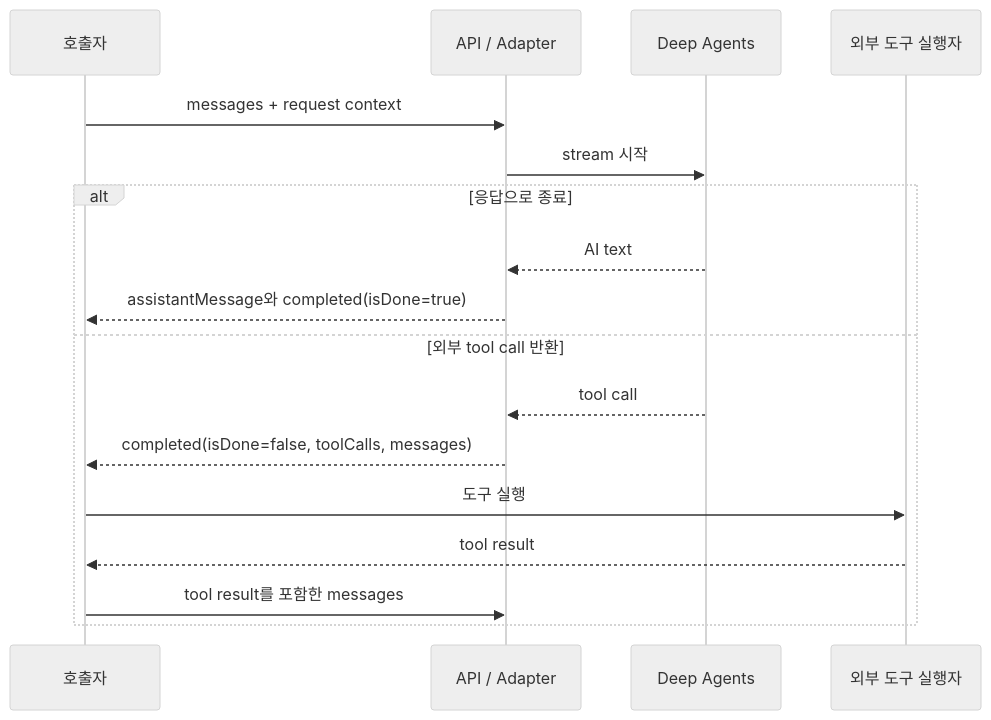
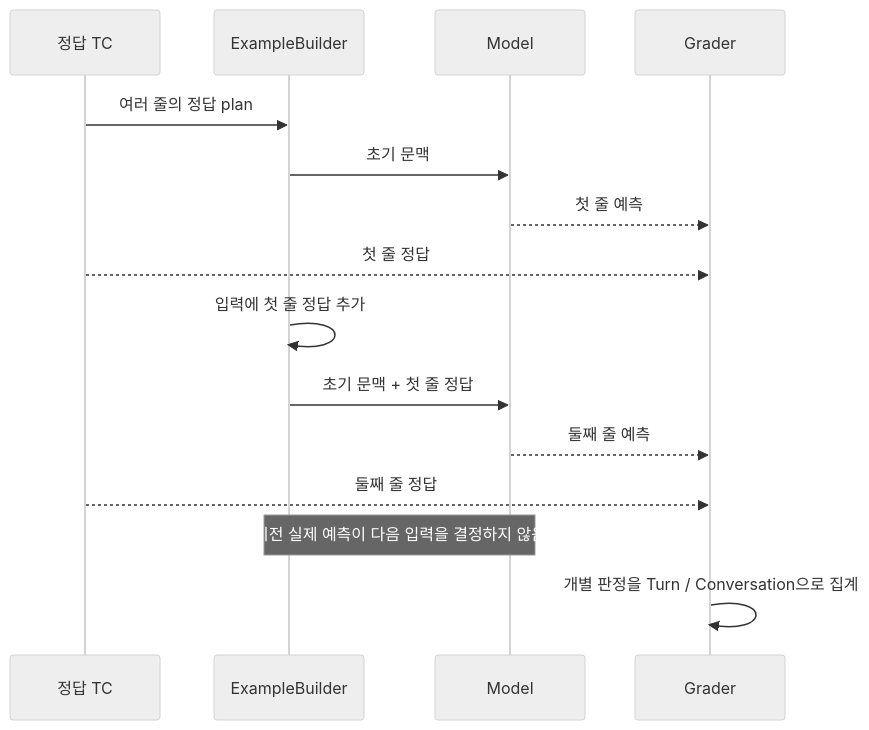
The fourth of 12 diagrams in docs/aic-evolution-and-evaluator.md (jwlee3746/jwlee3746.github.io), drawn with Mermaid (neutral theme) before and after one commit. The commit also changed other lines of this file and 1 other file, not shown here.

````diff
--- a/docs/aic-evolution-and-evaluator.md
+++ b/docs/aic-evolution-and-evaluator.md
@@ -104,19 +106,17 @@
 ```mermaid
 sequenceDiagram
-    participant C as 호출자
-    participant A as API / Adapter
-    participant R as Deep Agents
-    participant T as 외부 도구 실행자
-    C->>A: messages + request context
-    A->>R: stream 시작
-    alt 응답으로 종료
-        R-->>A: AI text
-        A-->>C: assistantMessage와 completed(isDone=true)
-    else 외부 tool call 반환
-        R-->>A: tool call
-        A-->>C: completed(isDone=false, toolCalls, messages)
-        C->>T: 도구 실행
-        T-->>C: tool result
-        C->>A: tool result를 포함한 messages
-    end
+    participant T as 정답 TC
+    participant B as ExampleBuilder
+    participant M as Model
+    participant G as Grader
+    T->>B: 여러 줄의 정답 plan
+    B->>M: 초기 문맥
+    M-->>G: 첫 줄 예측
+    T-->>G: 첫 줄 정답
+    B->>B: 입력에 첫 줄 정답 추가
+    B->>M: 초기 문맥 + 첫 줄 정답
+    M-->>G: 둘째 줄 예측
+    T-->>G: 둘째 줄 정답
+    Note over B,M: 이전 실제 예측이 다음 입력을 결정하지 않음
+    G->>G: 개별 판정을 Turn / Conversation으로 집계
 ```
````
